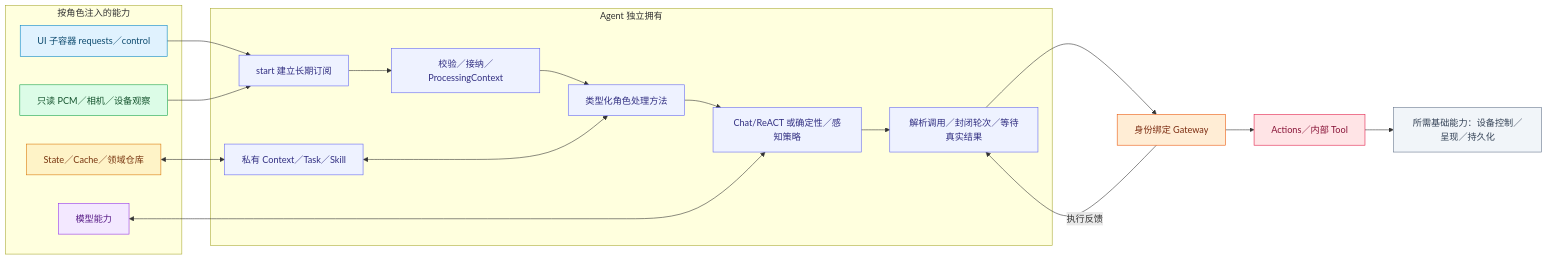
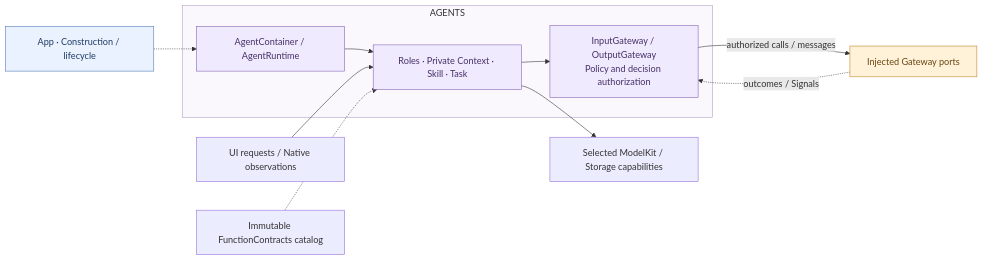
The diagram in MobileHarness/Agents/README.md (devilyouwei/MobileHarness), drawn with Mermaid before and after one commit. The commit also changed other lines of this file and 352 other files, not shown here.

````diff
--- a/MobileHarness/Agents/README.md
+++ b/MobileHarness/Agents/README.md
@@ -47,35 +11,20 @@
 ```mermaid
 flowchart LR
- subgraph Inputs["按角色注入的能力"]
- U["UI 子容器 requests／control"]:::ui
- P["只读 PCM／相机／设备观察"]:::platform
- M["模型能力"]:::model
- S["State／Cache／领域仓库"]:::storage
- end
- subgraph Roles["Agent 独立拥有"]
- L["start 建立长期订阅"]:::agent
- V["校验／接纳／ProcessingContext"]:::agent
- R["类型化角色处理方法"]:::agent
- C["私有 Context／Task／Skill"]:::agent
- D["Chat/ReACT 或确定性／感知策略"]:::agent
- O["解析调用／封闭轮次／等待真实结果"]:::agent
- end
- U --> L
- P --> L
- L --> V --> R --> D --> O
- C <--> R
- M <--> D
- S <--> C
- O --> G["身份绑定 Gateway"]:::gateway
- G --> X["Actions／内部 Tool"]:::action
- X --> F["所需基础能力：设备控制／呈现／持久化"]:::host
- G -->|"执行反馈"| O
- classDef ui fill:#e0f2fe,stroke:#0284c7,color:#0c4a6e
- classDef platform fill:#dcfce7,stroke:#16a34a,color:#14532d
- classDef model fill:#f3e8ff,stroke:#9333ea,color:#581c87
- classDef storage fill:#fef3c7,stroke:#d97706,color:#78350f
- classDef agent fill:#eef2ff,stroke:#6366f1,color:#312e81
- classDef gateway fill:#ffedd5,stroke:#ea580c,color:#7c2d12
- classDef action fill:#ffe4e6,stroke:#e11d48,color:#881337
- classDef host fill:#f1f5f9,stroke:#64748b,color:#334155
+    App["App · Construction / lifecycle"] -.-> A
+    subgraph Cognition["AGENTS"]
+        A["AgentContainer / AgentRuntime"] --> Roles["Roles · Private Context · Skill · Task"]
+        Roles --> Policy["InputGateway / OutputGateway<br/>Policy and decision authorization"]
+    end
+    Inputs["UI requests / Native observations"] --> Roles
+    Roles --> F["Selected ModelKit / Storage capabilities"]
+    Policy -->|authorized calls / messages| G["Injected Gateway ports"]
+    G -.->|outcomes / Signals| Policy
+    Catalog["Immutable FunctionContracts catalog"] -.-> Roles
+    classDef host fill:#eaf2ff,stroke:#5078b8,color:#203b64
+    classDef agent fill:#f0eaff,stroke:#8261b5,color:#463065
+    classDef gateway fill:#fff2d9,stroke:#bf842c,color:#694511
+    class App host
+    class A,Roles,Policy agent
+    class G gateway
+    style Cognition fill:#faf7fd,stroke:#b1a0c4
 ```
````
